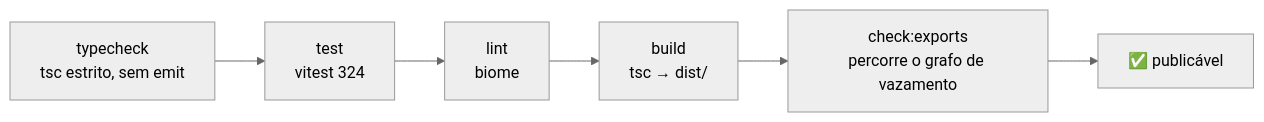
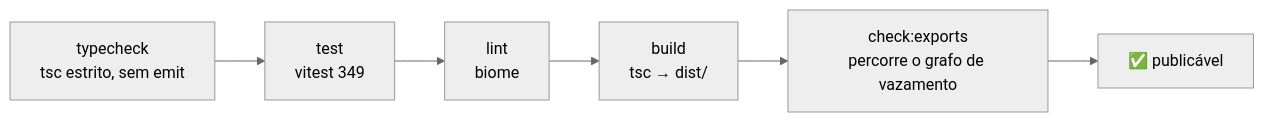
Before and after one commit to Gustavo10Destroyer/libwa-docs: the diagram in pt-BR/development/workflow.md, drawn with Mermaid (neutral theme). The commit also changed other lines of this file and 29 other files, not shown here.

````diff
--- a/pt-BR/development/workflow.md
+++ b/pt-BR/development/workflow.md
@@ -60,8 +60,8 @@
 ```mermaid
 flowchart LR
-    A["typecheck<br/>tsc estrito, sem emit"] --> B["test<br/>vitest 324"]
+    A["typecheck<br/>tsc estrito, sem emit"] --> B["test<br/>vitest 349"]
     B --> C["lint<br/>biome"]
     C --> D["build<br/>tsc → dist/"]
     D --> E["check:exports<br/>percorre o grafo de vazamento"]
     E --> F["✅ publicável"]
 ```
````
